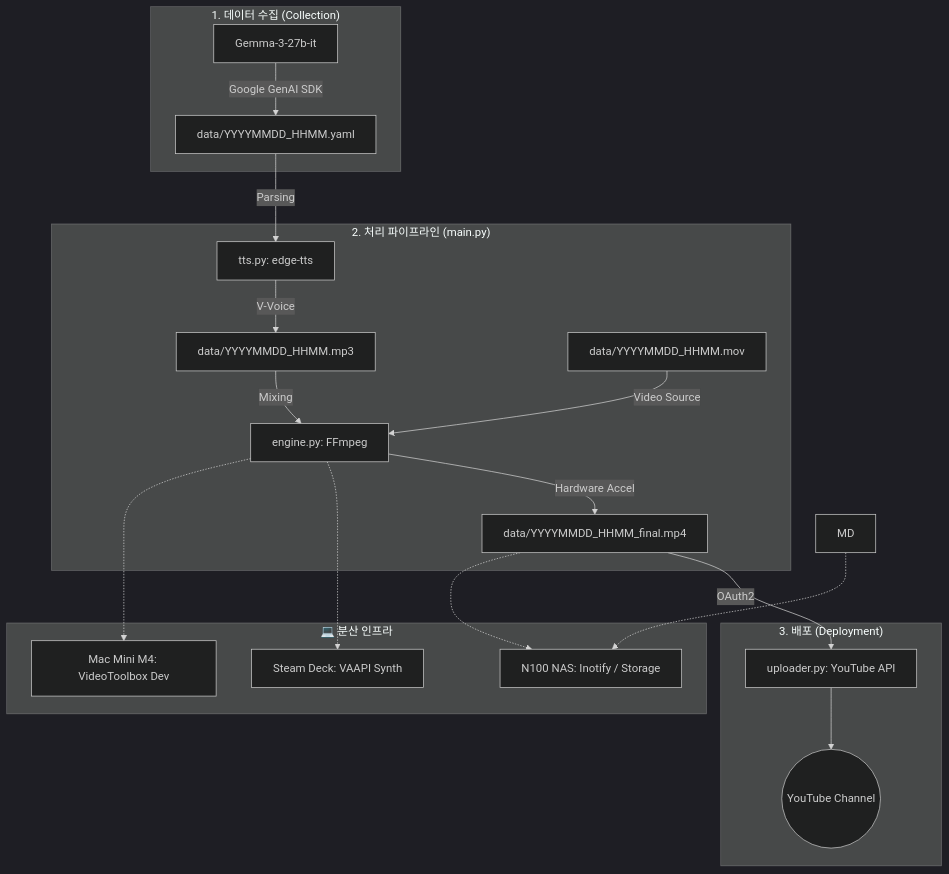
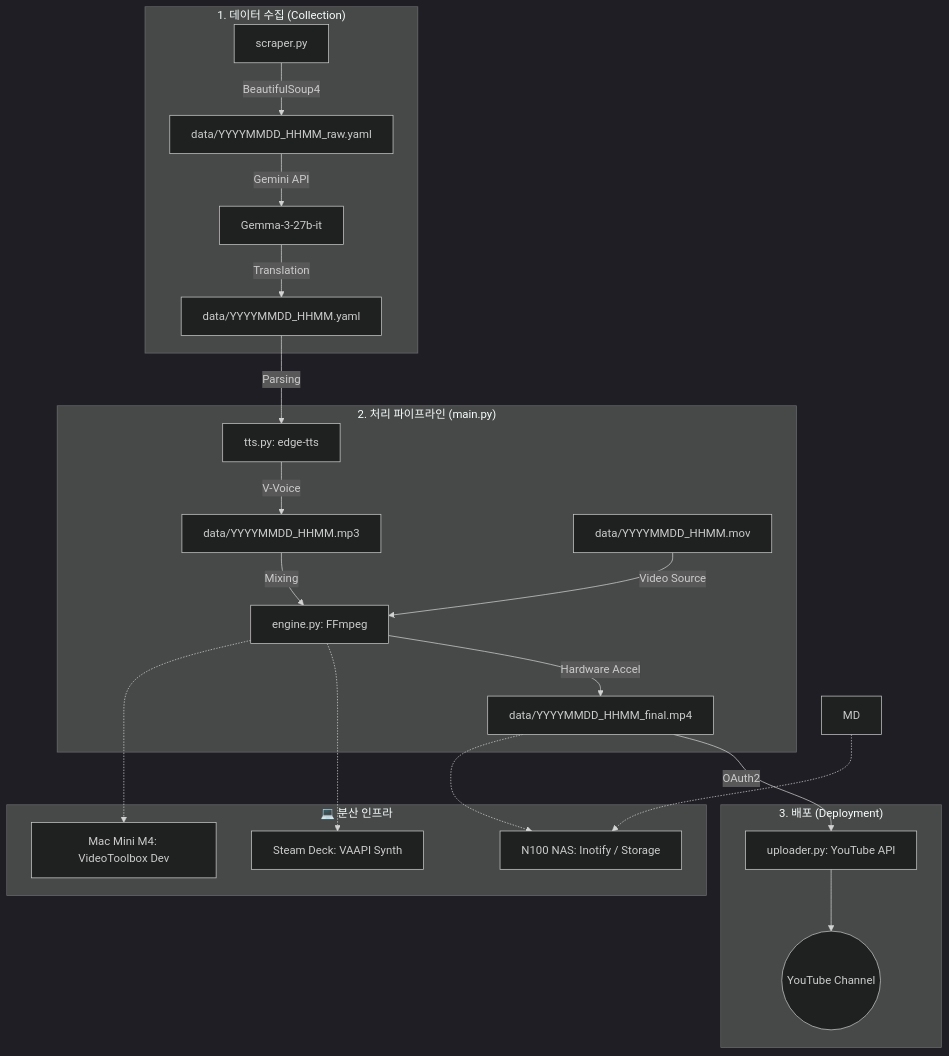
One commit to deuxksy/today-vn-news changed the first of 2 diagrams in README.md. Above: the diagram before and after it, drawn with Mermaid (dark theme). The commit also changed other lines of this file, not shown here.

Commit message:
feat: update data collection flow and improve README structure

````diff
--- a/README.md
+++ b/README.md
@@ -19,32 +19,34 @@
 ```mermaid
 graph TD
     subgraph "1. 데이터 수집 (Collection)"
-        G[Gemma-3-27b-it] -->|Google GenAI SDK| YAML[data/YYYYMMDD_HHMM.yaml]
+        S[scraper.py] -->|BeautifulSoup4| RAW[data/YYYYMMDD_HHMM_raw.yaml]
+        RAW -->|Gemini API| G[Gemma-3-27b-it]
+        G -->|Translation| YAML[data/YYYYMMDD_HHMM.yaml]
     end
 
     subgraph "2. 처리 파이프라인 (main.py)"
         YAML -->|Parsing| TTS[tts.py: edge-tts]
         TTS -->|V-Voice| MP3[data/YYYYMMDD_HHMM.mp3]
         
         MP3 -->|Mixing| Engine[engine.py: FFmpeg]
         MOV[data/YYYYMMDD_HHMM.mov] -->|Video Source| Engine
         
         Engine -->|Hardware Accel| Final[data/YYYYMMDD_HHMM_final.mp4]
     end
 
     subgraph "3. 배포 (Deployment)"
         Final -->|OAuth2| UP[uploader.py: YouTube API]
         UP --> YT((YouTube Channel))
     end
 
     subgraph "💻 분산 인프라"
         NAS[N100 NAS: Inotify / Storage]
         SD[Steam Deck: VAAPI Synth]
         MAC[Mac Mini M4: VideoToolbox Dev]
     end
 
     MD -.-> NAS
     Final -.-> NAS
     Engine -.-> SD
     Engine -.-> MAC
 ```
````
